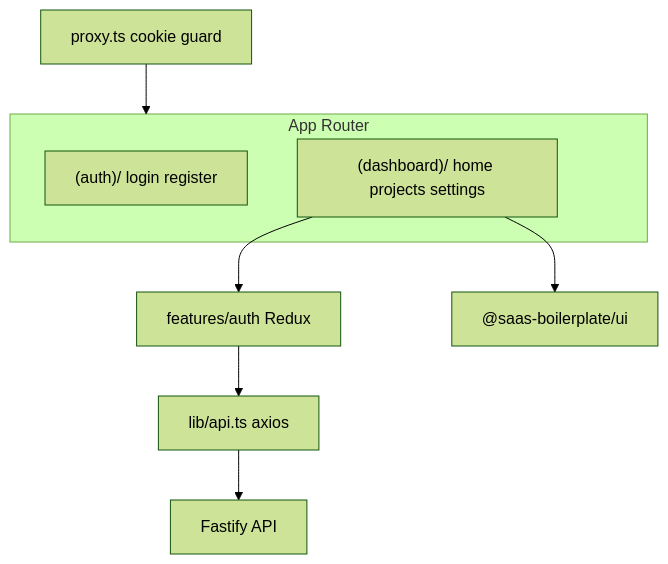
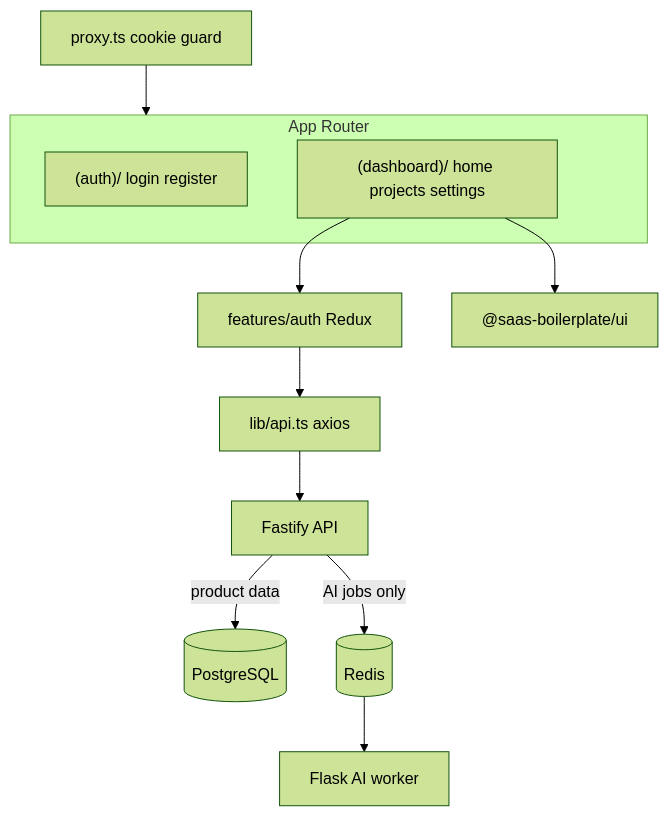
Before and after one commit to Khalil-Bchir/full-stack-saas-boilerplate: the diagram in apps/app/README.md, drawn with Mermaid (forest theme). The commit also changed other lines of this file and 91 other files, not shown here.

First line of the commit message:
feat: add async AI jobs with Redis, Flask worker, and labs

````diff
--- a/apps/app/README.md
+++ b/apps/app/README.md
@@ -9,13 +9,16 @@
 ```mermaid
 flowchart TB
     subgraph Routes["App Router"]
         Auth["(auth)/ login register"]
         Dash["(dashboard)/ home projects settings"]
     end
 
     Proxy[proxy.ts cookie guard] --> Routes
     Dash --> Features[features/auth Redux]
     Dash --> UI["@saas-boilerplate/ui"]
     Features --> API[lib/api.ts axios]
     API --> Fastify[Fastify API]
+    Fastify -->|product data| PG[(PostgreSQL)]
+    Fastify -->|AI jobs only| Redis[(Redis)]
+    Redis --> AI[Flask AI worker]
 ```
````
